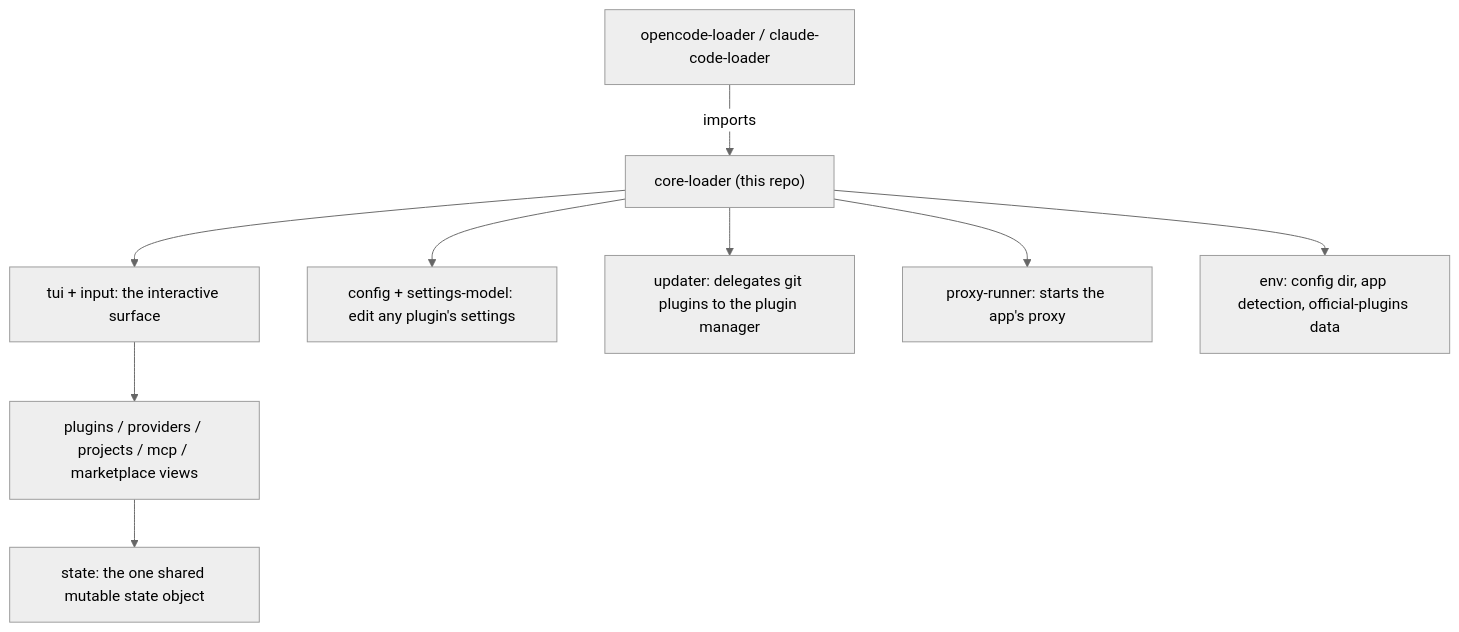
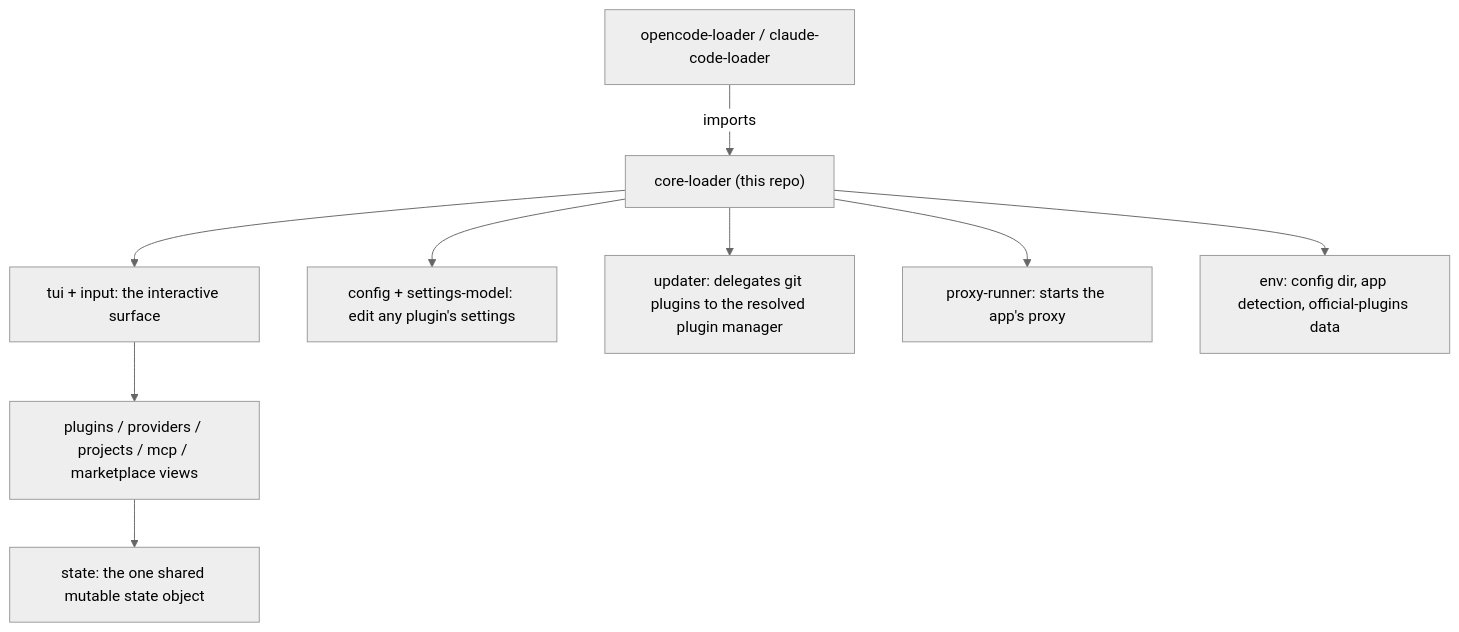
The diagram in README.md (intisy-ai/core-loader), drawn with Mermaid (neutral theme) before and after one commit. The commit also changed other lines of this file, not shown here.

Commit message:
docs(loader): describe the resolved plugin manager

````diff
--- a/README.md
+++ b/README.md
@@ -14,11 +14,11 @@
 ```mermaid
 flowchart TD
     LOADER["opencode-loader / claude-code-loader"] -->|imports| CL["core-loader (this repo)"]
     CL --> TUI["tui + input: the interactive surface"]
     TUI --> VIEWS["plugins / providers / projects / mcp / marketplace views"]
     VIEWS --> ST["state: the one shared mutable state object"]
     CL --> CFG["config + settings-model: edit any plugin's settings"]
-    CL --> UPD["updater: delegates git plugins to the plugin manager"]
+    CL --> UPD["updater: delegates git plugins to the resolved plugin manager"]
     CL --> PROXY["proxy-runner: starts the app's proxy"]
     CL --> ENV["env: config dir, app detection, official-plugins data"]
 ```
````
